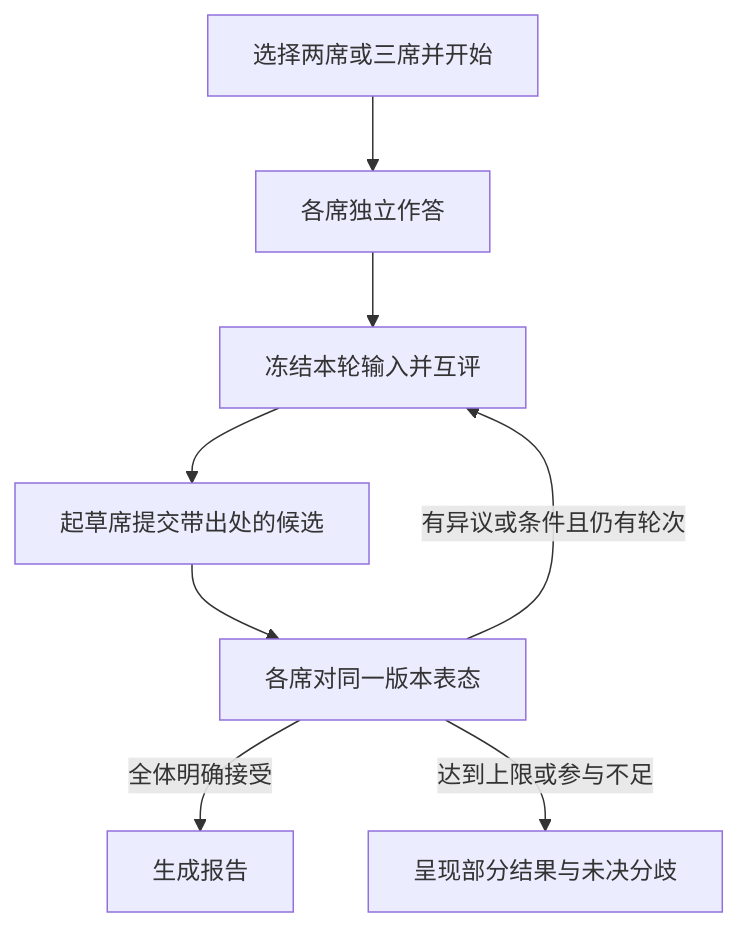
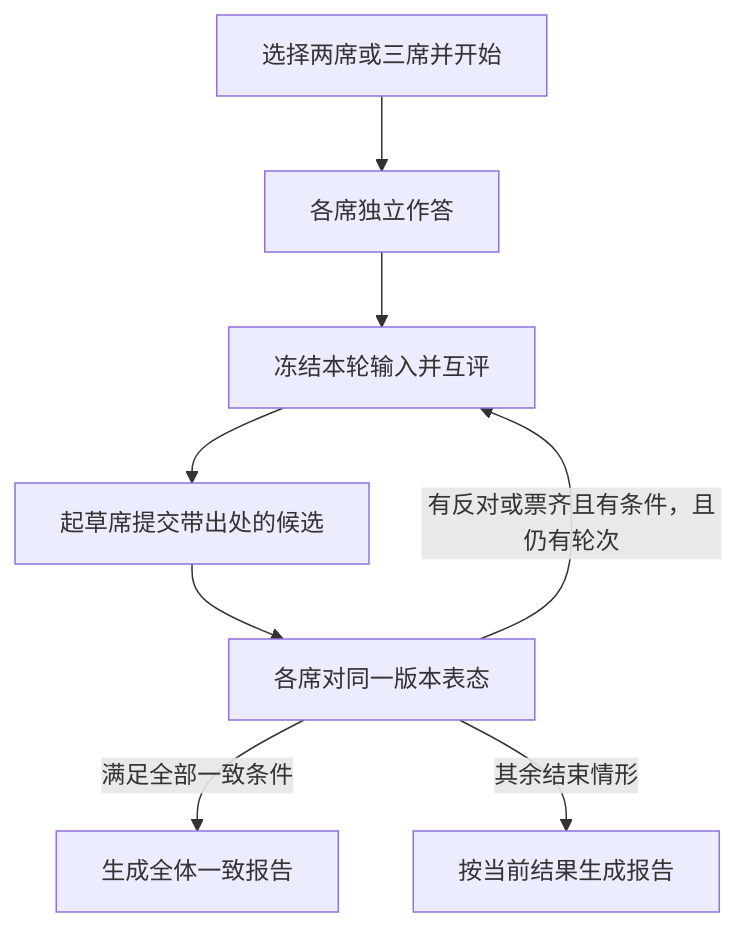
The diagram in docs/technical-design.md (zhouchangju/ai-arena), drawn with Mermaid before and after one commit. The commit also changed other lines of this file and 2 other files, not shown here.

Commit message:
docs: illustrate multi-AI discussion flow (G1/G2/G3)

````diff
--- a/docs/technical-design.md
+++ b/docs/technical-design.md
@@ -20,10 +22,10 @@
 ```mermaid
 flowchart TD
     Q[选择两席或三席并开始] --> I[各席独立作答]
     I --> X[冻结本轮输入并互评]
     X --> C[起草席提交带出处的候选]
     C --> V[各席对同一版本表态]
-    V -->|全体明确接受| R[生成报告]
-    V -->|有异议或条件且仍有轮次| X
-    V -->|达到上限或参与不足| H[呈现部分结果与未决分歧]
+    V -->|满足全部一致条件| R[生成全体一致报告]
+    V -->|有反对或票齐且有条件，且仍有轮次| X
+    V -->|其余结束情形| H[按当前结果生成报告]
 ```
````
